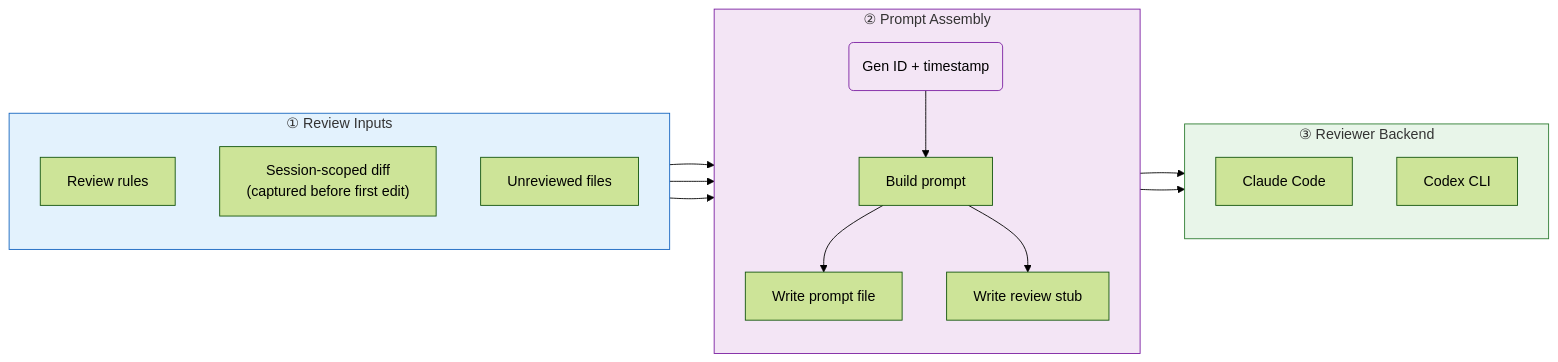
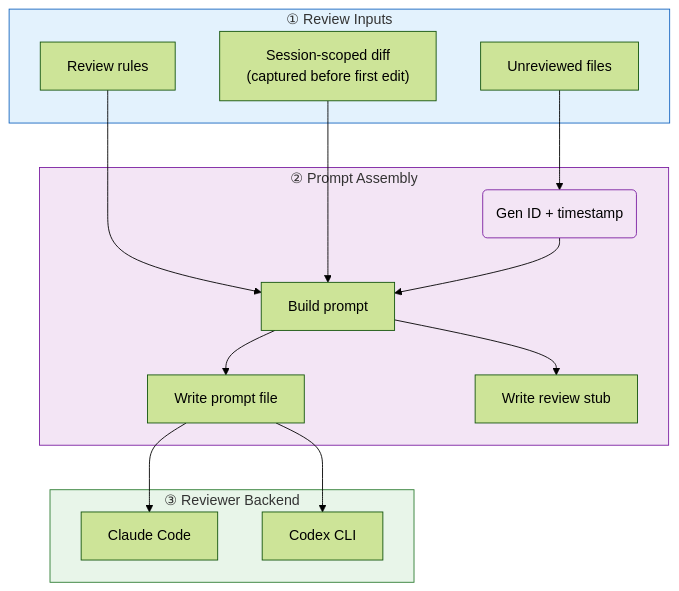
Before and after one commit to tudragon154203/claude-auto-review: the fourth of 5 diagrams in README.md, drawn with Mermaid (forest theme). The commit also changed other lines of this file, not shown here.

First line of the commit message:
docs: fix diagrams collapsing in README

````diff
--- a/README.md
+++ b/README.md
@@ -152,37 +182,34 @@
 ```mermaid
-flowchart LR
+flowchart TB
     subgraph inputs["① Review Inputs"]
-        direction TB
         RULES["Review rules"]
         SNAPSHOTS["Session-scoped diff<br/>(captured before first edit)"]
         FILES["Unreviewed files"]
     end
 
     subgraph assembly["② Prompt Assembly"]
-        direction TB
         TIMESTAMP("Gen ID + timestamp")
         BUILD["Build prompt"]
         WRITE_PROMPT["Write prompt file"]
         WRITE_REVIEW["Write review stub"]
     end
 
     subgraph backend["③ Reviewer Backend"]
-        direction TB
         CLAUDE["Claude Code"]
         CODEX["Codex CLI"]
     end
 
-    FILES --> TIMESTAMP
     RULES --> BUILD
     SNAPSHOTS --> BUILD
+    FILES --> TIMESTAMP
     TIMESTAMP --> BUILD
     BUILD --> WRITE_PROMPT
     BUILD --> WRITE_REVIEW
     WRITE_PROMPT --> CLAUDE
     WRITE_PROMPT --> CODEX
 
     style TIMESTAMP fill:#f3e5f5,stroke:#7b1fa2
     style inputs fill:#e3f2fd,stroke:#1565c0
     style assembly fill:#f3e5f5,stroke:#7b1fa2
     style backend fill:#e8f5e9,stroke:#2e7d32
 ```
````
